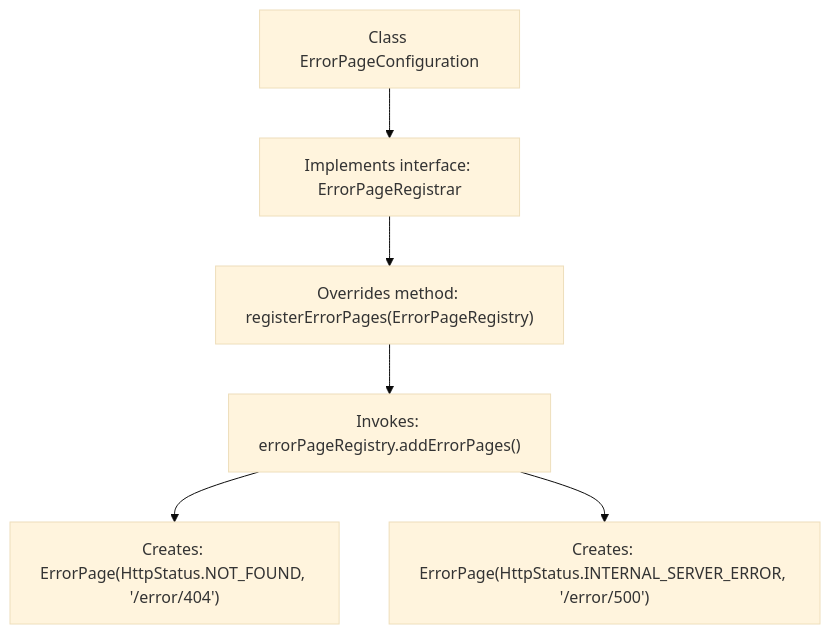
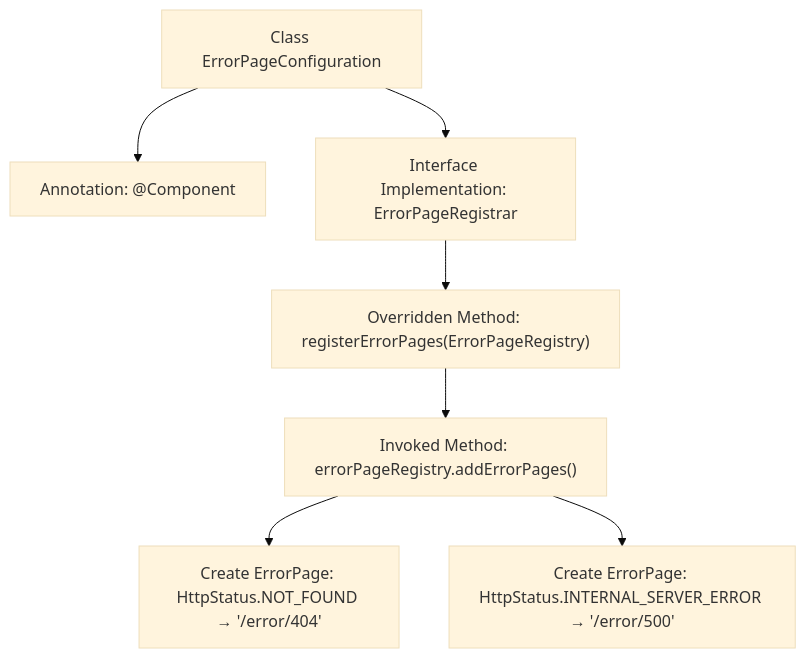
The second of 2 diagrams in docs/en/docs/src/main/java/com/github/binarywang/demo/wx/miniapp/error/ErrorPageConfiguration.md (v-wjrong/binary_weixin-java-miniapp-demo), drawn with Mermaid (base theme) before and after one commit. The commit also changed other lines of this file and 50 other files, not shown here.

````diff
--- a/docs/en/docs/src/main/java/com/github/binarywang/demo/wx/miniapp/error/ErrorPageConfiguration.md
+++ b/docs/en/docs/src/main/java/com/github/binarywang/demo/wx/miniapp/error/ErrorPageConfiguration.md
@@ -68,15 +69,17 @@
 ```mermaid
 graph TD
     A["Class ErrorPageConfiguration"]
-    B["Implements interface: ErrorPageRegistrar"]
-    C["Overrides method: registerErrorPages(ErrorPageRegistry)"]
-    D["Invokes: errorPageRegistry.addErrorPages()"]
-    E["Creates: ErrorPage(HttpStatus.NOT_FOUND, '/error/404')"]
-    F["Creates: ErrorPage(HttpStatus.INTERNAL_SERVER_ERROR, '/error/500')"]
+    B["Annotation: @Component"]
+    C["Interface Implementation: ErrorPageRegistrar"]
+    D["Overridden Method: registerErrorPages(ErrorPageRegistry)"]
+    E["Invoked Method: errorPageRegistry.addErrorPages()"]
+    F["Create ErrorPage: HttpStatus.NOT_FOUND → '/error/404'"]
+    G["Create ErrorPage: HttpStatus.INTERNAL_SERVER_ERROR → '/error/500'"]
 
     A --> B
-    B --> C
+    A --> C
     C --> D
     D --> E
-    D --> F
+    E --> F
+    E --> G
 ```
````
